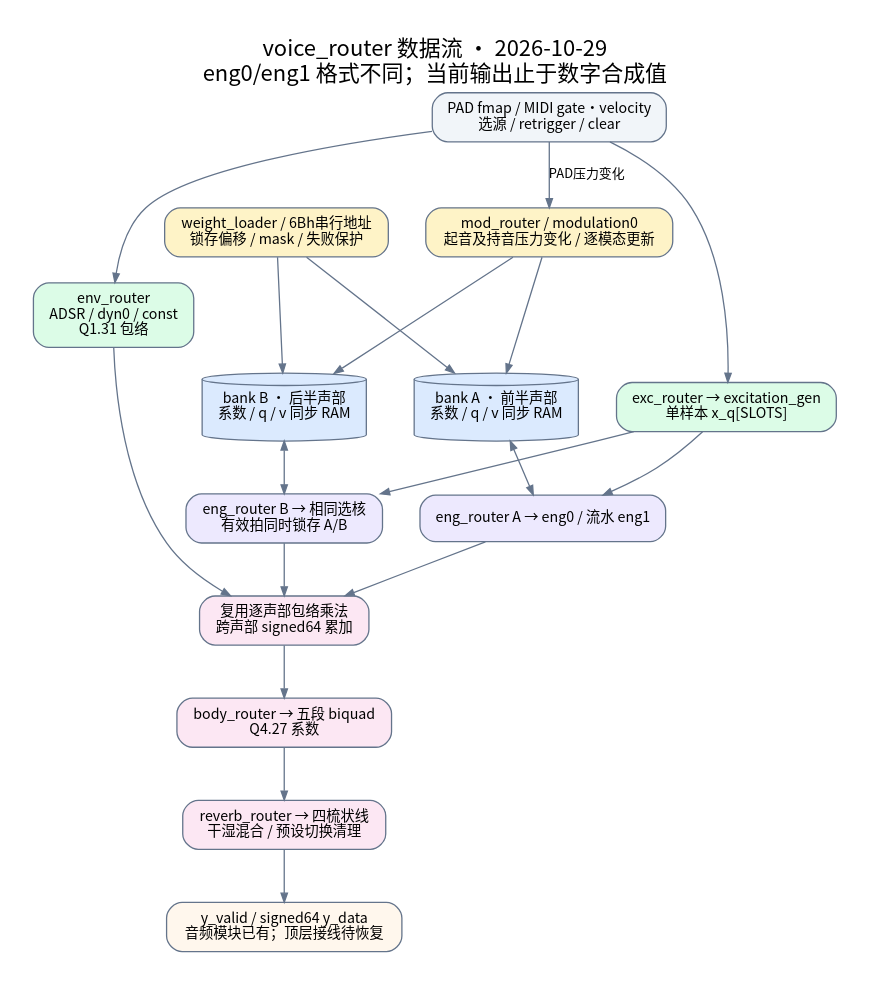
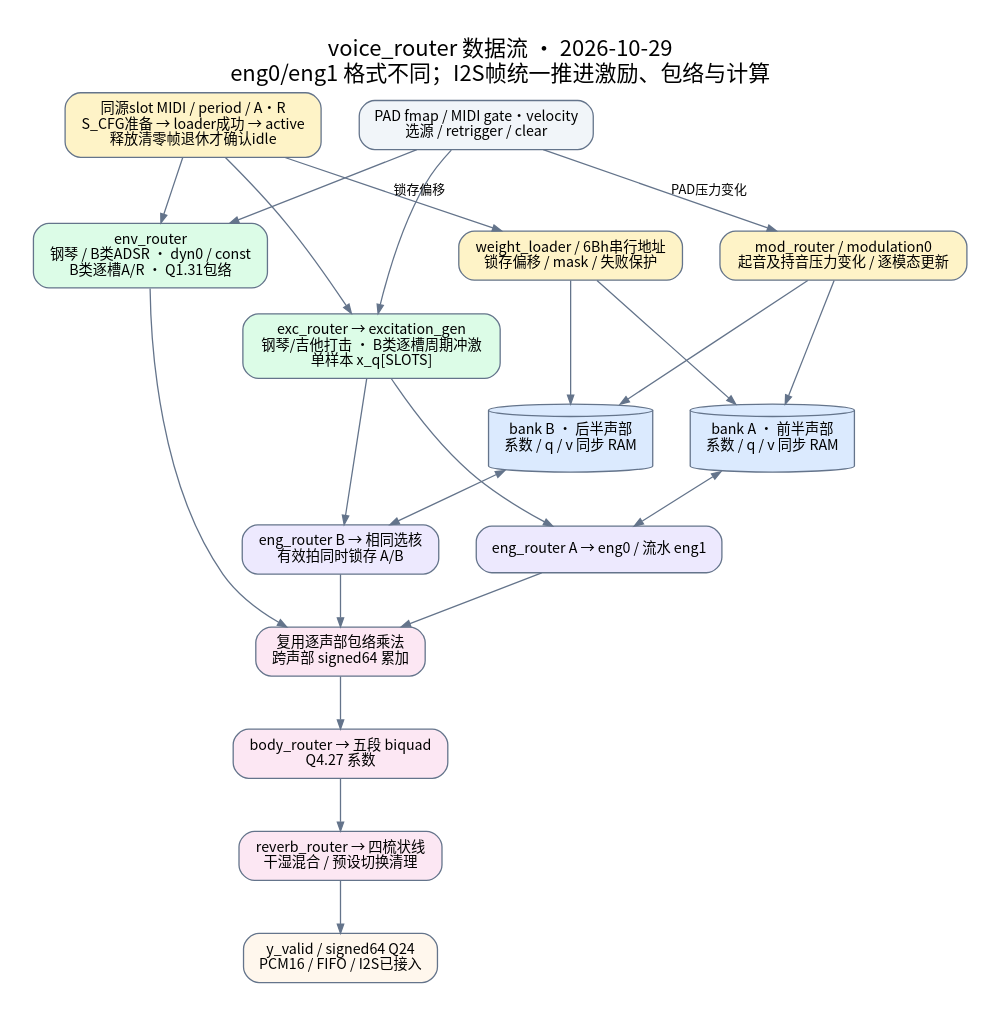
The diagram in docs/diagrams/engine_post_flow.dot (rubbishbro/FPGA_IDC_2026), drawn with Graphviz before and after one commit. The commit also changed 81 other files, not shown here.

```diff
--- a/docs/diagrams/engine_post_flow.dot
+++ b/docs/diagrams/engine_post_flow.dot
@@ -1,26 +1,28 @@
 // 当前结构；不在图内维护 PASS/Fmax，结果见文档维护与验证。
 digraph engine_post_flow {
 graph [fontname="Noto Sans CJK SC",fontsize=17,rankdir=TB,nodesep=0.4,ranksep=0.55,bgcolor="white",pad=0.25];
 node [shape=box,style="rounded,filled",fontname="Noto Sans CJK SC",fontsize=11,margin="0.16,0.10",color="#64748b",fillcolor="#f1f5f9"];
 edge [fontname="Noto Sans CJK SC",fontsize=10,color="#64748b",arrowsize=0.7];
 
-label="voice_router 数据流 · 2026-10-29\neng0/eng1 格式不同；当前输出止于数字合成值";labelloc=t;
+label="voice_router 数据流 · 2026-10-29\neng0/eng1 格式不同；I2S帧统一推进激励、包络与计算";labelloc=t;
 fmap [label="PAD fmap / MIDI gate·velocity\n选源 / retrigger / clear"];
-exc [label="exc_router → excitation_gen\n单样本 x_q[SLOTS]",fillcolor="#dcfce7"];
-env [label="env_router\nADSR / dyn0 / const\nQ1.31 包络",fillcolor="#dcfce7"];
+exc [label="exc_router → excitation_gen\n钢琴/吉他打击 · B类逐槽周期冲激\n单样本 x_q[SLOTS]",fillcolor="#dcfce7"];
+env [label="env_router\n钢琴 / B类ADSR · dyn0 / const\nB类逐槽A/R · Q1.31包络",fillcolor="#dcfce7"];
 load [label="weight_loader / 6Bh串行地址\n锁存偏移 / mask / 失败保护",fillcolor="#fef3c7"];
 mod [label="mod_router / modulation0\n起音及持音压力变化 / 逐模态更新",fillcolor="#fef3c7"];
 a [label="bank A · 前半声部\n系数 / q / v 同步 RAM",shape=cylinder,fillcolor="#dbeafe"];
 b [label="bank B · 后半声部\n系数 / q / v 同步 RAM",shape=cylinder,fillcolor="#dbeafe"];
 ea [label="eng_router A → eng0 / 流水 eng1",fillcolor="#ede9fe"];
 eb [label="eng_router B → 相同选核\n有效拍同时锁存 A/B",fillcolor="#ede9fe"];
 mix [label="复用逐声部包络乘法\n跨声部 signed64 累加",fillcolor="#fce7f3"];
 body [label="body_router → 五段 biquad\nQ4.27 系数",fillcolor="#fce7f3"];
 rev [label="reverb_router → 四梳状线\n干湿混合 / 预设切换清理",fillcolor="#fce7f3"];
-y [label="y_valid / signed64 y_data\n音频模块已有；顶层接线待恢复",fillcolor="#fff7ed"];
+y [label="y_valid / signed64 Q24\nPCM16 / FIFO / I2S已接入",fillcolor="#fff7ed"];
+cfg [label="同源slot MIDI / period / A·R\nS_CFG准备 → loader成功 → active\n释放清零帧退休才确认idle",fillcolor="#fef3c7"];
+cfg -> exc;cfg -> env;cfg -> load [label="锁存偏移"];
 fmap -> exc;fmap -> env;fmap -> mod [label="PAD压力变化"];
 load -> a;load -> b;mod -> a;mod -> b;
 a -> ea [dir=both];b -> eb [dir=both];exc -> ea;exc -> eb;
 ea -> mix;eb -> mix;env -> mix;mix -> body -> rev -> y;
 {rank=same;a;b;} {rank=same;ea;eb;}
 }
```
